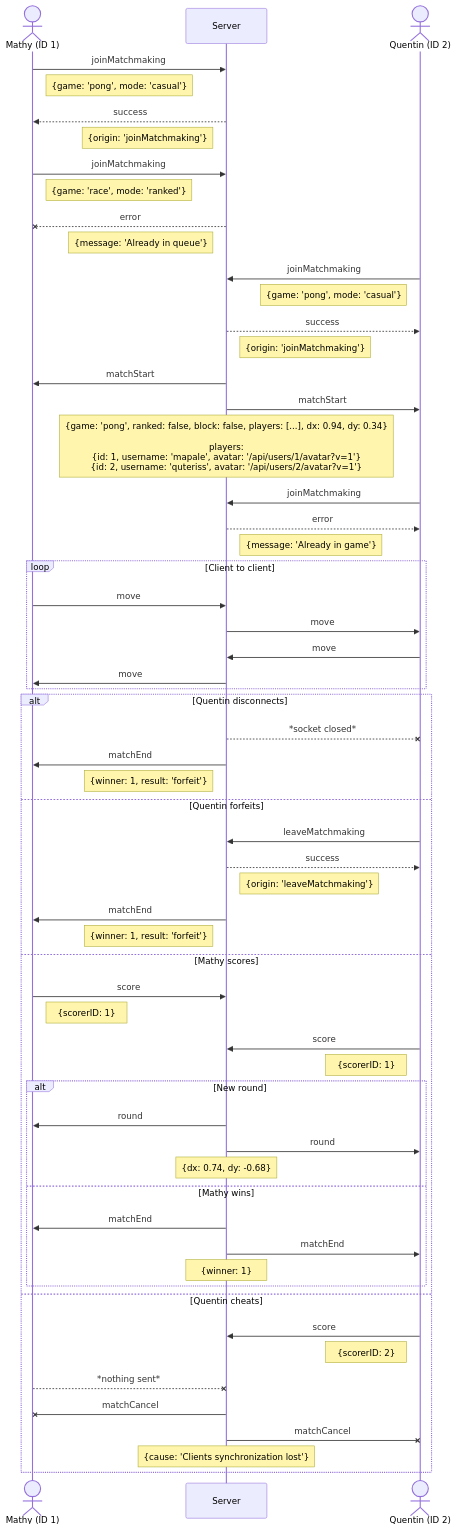
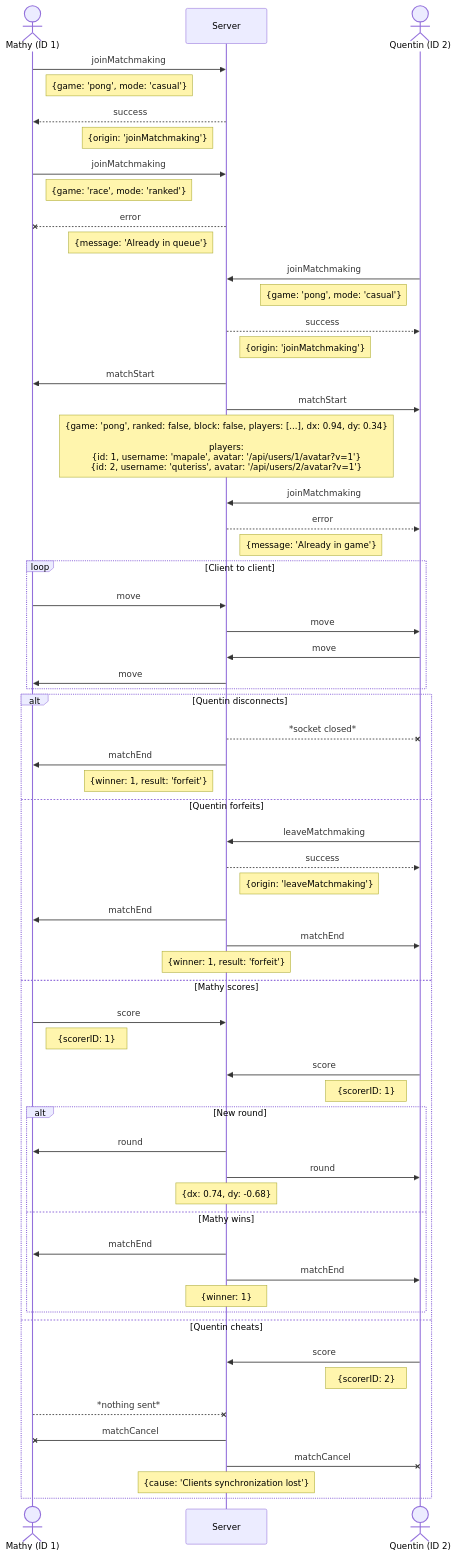
Before and after one commit to deydoux/42cursus-ft_transcendence: the diagram in docs/WebSocket/match.md, drawn with Mermaid. The commit also changed 1 other file, not shown here.

Commit message:
Refactor forfeiture handling in Match class for clarity and consistency

````diff
--- a/docs/WebSocket/match.md
+++ b/docs/WebSocket/match.md
@@ -3,73 +3,74 @@
 ```mermaid
 sequenceDiagram
   actor m as Mathy (ID 1)
   participant s as Server
   actor q as Quentin (ID 2)
 
   m ->> s: joinMatchmaking
   Note right of m: {game: 'pong', mode: 'casual'}
   s -->> m: success
   Note left of s: {origin: 'joinMatchmaking'}
 
   m ->> s: joinMatchmaking
   Note right of m: {game: 'race', mode: 'ranked'}
   s --x m: error
   Note left of s: {message: 'Already in queue'}
 
   q ->> s: joinMatchmaking
   Note left of q: {game: 'pong', mode: 'casual'}
   s -->> q: success
   Note right of s: {origin: 'joinMatchmaking'}
 
   s ->> m: matchStart
   s ->> q: matchStart
   Note over s: {game: 'pong', ranked: false, block: false, players: [...], dx: 0.94, dy: 0.34}<br><br> players:<br>{id: 1, username: 'mapale', avatar: '/api/users/1/avatar?v=1'}<br>{id: 2, username: 'quteriss', avatar: '/api/users/2/avatar?v=1'}
 
   q ->> s: joinMatchmaking
   s -->> q: error
   Note right of s: {message: 'Already in game'}
 
   loop Client to client
     m ->> s: move
     s ->> q: move
     q ->> s: move
     s ->> m: move
   end
 
   alt Quentin disconnects
     s --x q: *socket closed*
     s ->> m: matchEnd
     Note left of s: {winner: 1, result: 'forfeit'}
 
   else Quentin forfeits
     q ->> s: leaveMatchmaking
     s -->> q: success
     Note right of s: {origin: 'leaveMatchmaking'}
     s ->> m: matchEnd
-    Note left of s: {winner: 1, result: 'forfeit'}
+    s ->> q: matchEnd
+    Note over s: {winner: 1, result: 'forfeit'}
 
   else Mathy scores
     m ->> s: score
     Note right of m: {scorerID: 1}
     q ->> s: score
     Note left of q: {scorerID: 1}
 
     alt New round
       s ->> m: round
       s ->> q: round
       Note over s: {dx: 0.74, dy: -0.68}
     else Mathy wins
       s ->> m: matchEnd
       s ->> q: matchEnd
       Note over s: {winner: 1}
     end
 
   else Quentin cheats
     q ->> s: score
     Note left of q: {scorerID: 2}
     m --x s: *nothing sent*
     s -x m: matchCancel
     s -x q: matchCancel
     Note over s: {cause: 'Clients synchronization lost'}
   end
 ```
````
